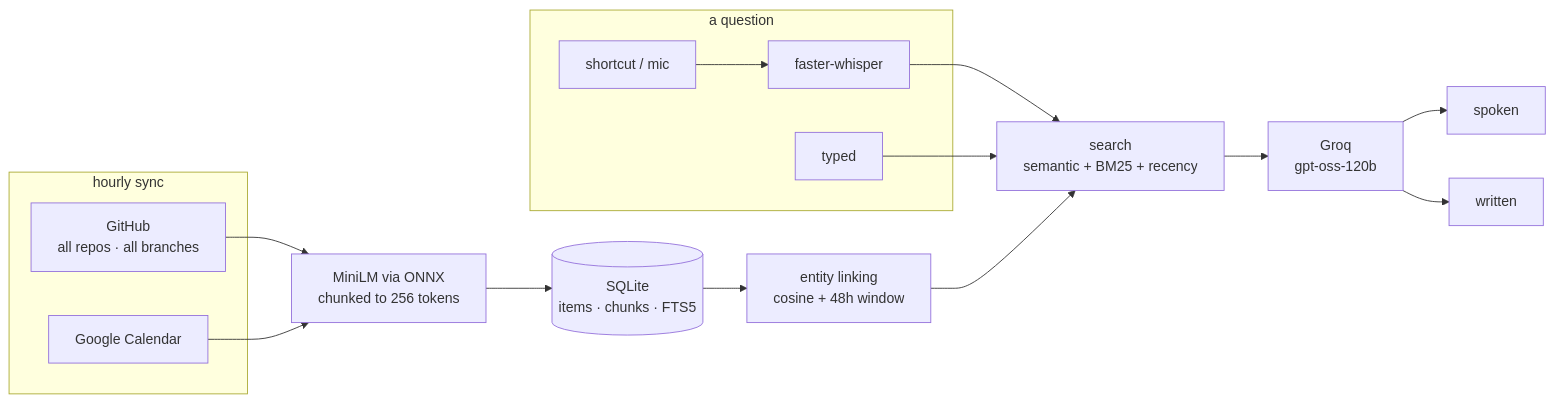
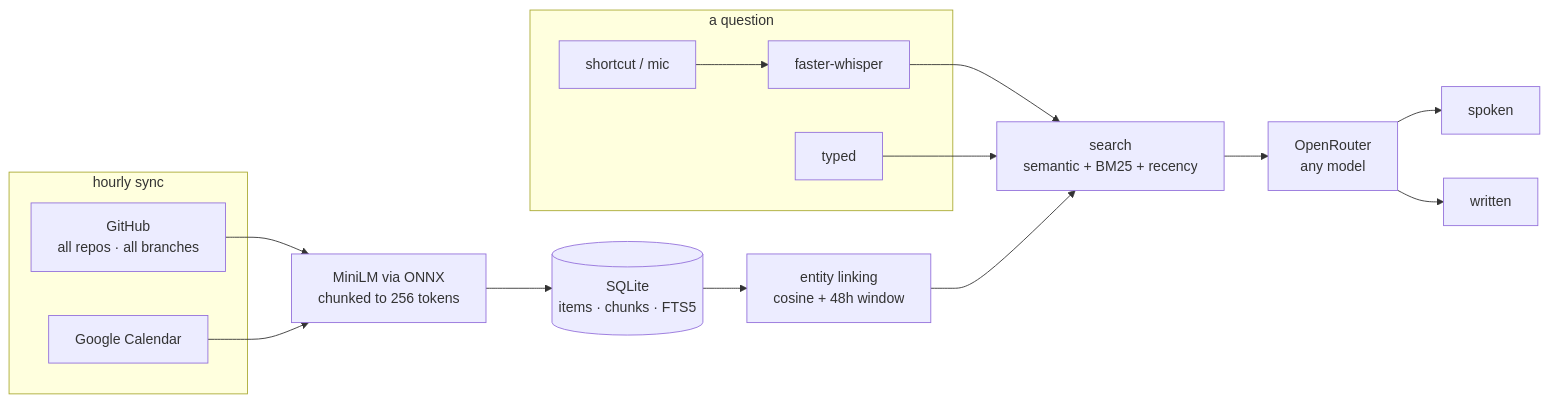
Before and after one commit to amogh-nagri-11/second-brain: the diagram in README.md, drawn with Mermaid. The commit also changed other lines of this file and 9 other files, not shown here.

Commit message:
Ask whichever model a setting names, through OpenRouter by default

````diff
--- a/README.md
+++ b/README.md
@@ -40,24 +40,24 @@
 ```mermaid
 flowchart LR
     subgraph ingest["hourly sync"]
         GH["GitHub<br/>all repos · all branches"]
         CAL["Google Calendar"]
     end
 
     GH --> EMB
     CAL --> EMB
     EMB["MiniLM via ONNX<br/>chunked to 256 tokens"] --> DB[("SQLite<br/>items · chunks · FTS5")]
     DB --> CL["entity linking<br/>cosine + 48h window"]
 
     subgraph query["a question"]
         MIC["shortcut / mic"] --> W["faster-whisper"]
         TYPE["typed"]
     end
 
     W --> S
     TYPE --> S
     CL --> S
-    S["search<br/>semantic + BM25 + recency"] --> LLM["Groq<br/>gpt-oss-120b"]
+    S["search<br/>semantic + BM25 + recency"] --> LLM["OpenRouter<br/>any model"]
     LLM --> SPK["spoken"]
     LLM --> WRI["written"]
 ```
````
